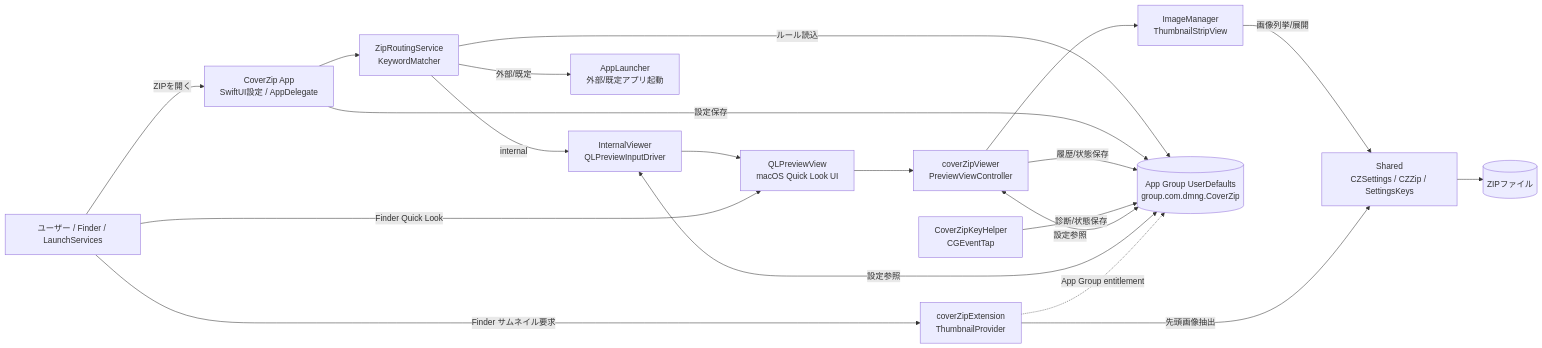
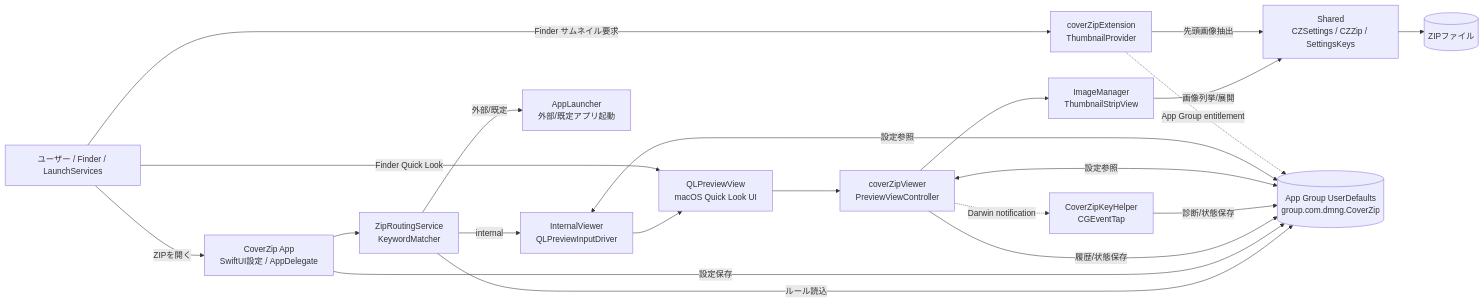
The first of 6 diagrams in flow.md (Nihondo/CoverZip), drawn with Mermaid before and after one commit. The commit also changed other lines of this file and 4 other files, not shown here.

````diff
--- a/flow.md
+++ b/flow.md
@@ -9,36 +9,37 @@
 ```mermaid
 flowchart LR
     user["ユーザー / Finder / LaunchServices"]
     app["CoverZip App\nSwiftUI設定 / AppDelegate"]
     routing["ZipRoutingService\nKeywordMatcher"]
     internal["InternalViewer\nQLPreviewInputDriver"]
     qlview["QLPreviewView\nmacOS Quick Look UI"]
     viewer["coverZipViewer\nPreviewViewController"]
     image["ImageManager\nThumbnailStripView"]
     thumb["coverZipExtension\nThumbnailProvider"]
     keyhelper["CoverZipKeyHelper\nCGEventTap"]
     launcher["AppLauncher\n外部/既定アプリ起動"]
     shared["Shared\nCZSettings / CZZip / SettingsKeys"]
     defaults[("App Group UserDefaults\ngroup.com.dmng.CoverZip")]
     zip[("ZIPファイル")]
 
     user -->|ZIPを開く| app
     app --> routing
     routing -->|ルール読込| defaults
     routing -->|internal| internal
     routing -->|外部/既定| launcher
     internal --> qlview
     qlview --> viewer
     user -->|Finder Quick Look| qlview
     user -->|Finder サムネイル要求| thumb
     viewer --> image
     image -->|画像列挙/展開| shared
     thumb -->|先頭画像抽出| shared
     shared --> zip
     app -->|設定保存| defaults
     viewer -->|履歴/状態保存| defaults
     keyhelper -->|診断/状態保存| defaults
     viewer <-->|設定参照| defaults
     internal <-->|設定参照| defaults
     thumb -. App Group entitlement .-> defaults
+    viewer -. Darwin notification .-> keyhelper
 ```
````
